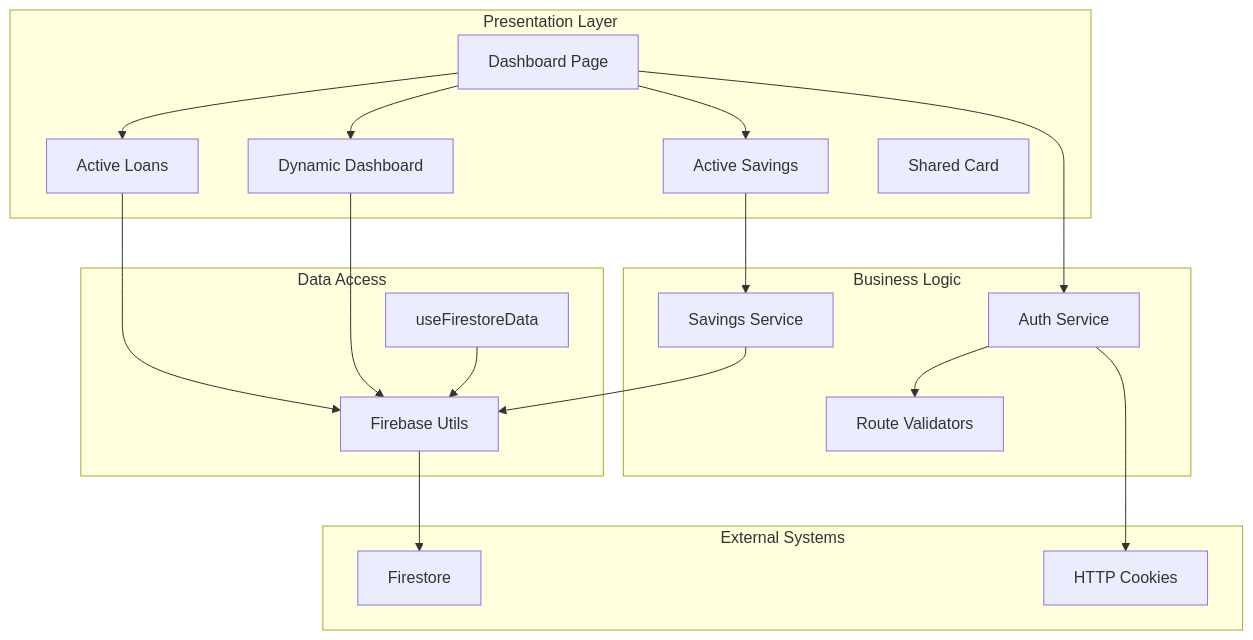
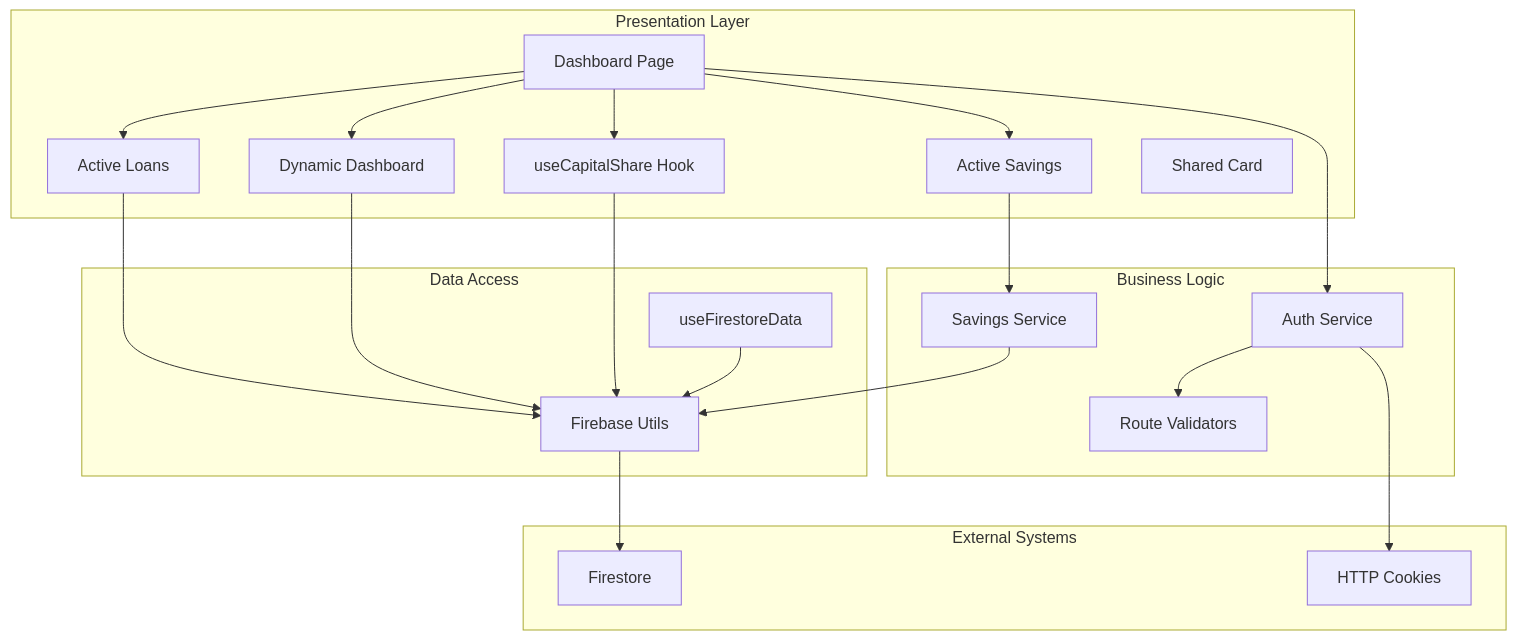
One commit to Unsure-bry/sampacoop_system changed the ninth of 9 diagrams in .qoder/repowiki/en/content/Dashboard System Architecture/Member Dashboard Interface/Member Dashboard Interface.md. Above: the diagram before and after it, drawn with Mermaid. The commit also changed other lines of this file and 9 other files, not shown here.

````diff
--- a/.qoder/repowiki/en/content/Dashboard System Architecture/Member Dashboard Interface/Member Dashboard Interface.md
+++ b/.qoder/repowiki/en/content/Dashboard System Architecture/Member Dashboard Interface/Member Dashboard Interface.md
@@ -362,35 +423,38 @@
 ```mermaid
 graph TB
 subgraph "Presentation Layer"
 DashboardPage["Dashboard Page"]
 DynamicWrapper["Dynamic Dashboard"]
 ActiveLoans["Active Loans"]
 ActiveSavings["Active Savings"]
+CapitalShareHook["useCapitalShare Hook"]
 Card["Shared Card"]
 end
 subgraph "Business Logic"
 Auth["Auth Service"]
 SavingsSvc["Savings Service"]
 Validators["Route Validators"]
 end
 subgraph "Data Access"
 HookFS["useFirestoreData"]
 Firebase["Firebase Utils"]
 end
 subgraph "External Systems"
 Firestore["Firestore"]
 Cookies["HTTP Cookies"]
 end
 DashboardPage --> DynamicWrapper
 DashboardPage --> ActiveSavings
 DashboardPage --> ActiveLoans
+DashboardPage --> CapitalShareHook
 ActiveSavings --> SavingsSvc
 ActiveLoans --> Firebase
 DynamicWrapper --> Firebase
+CapitalShareHook --> Firebase
 DashboardPage --> Auth
 Auth --> Validators
 Auth --> Cookies
 SavingsSvc --> Firebase
 HookFS --> Firebase
 Firebase --> Firestore
 ```
````
